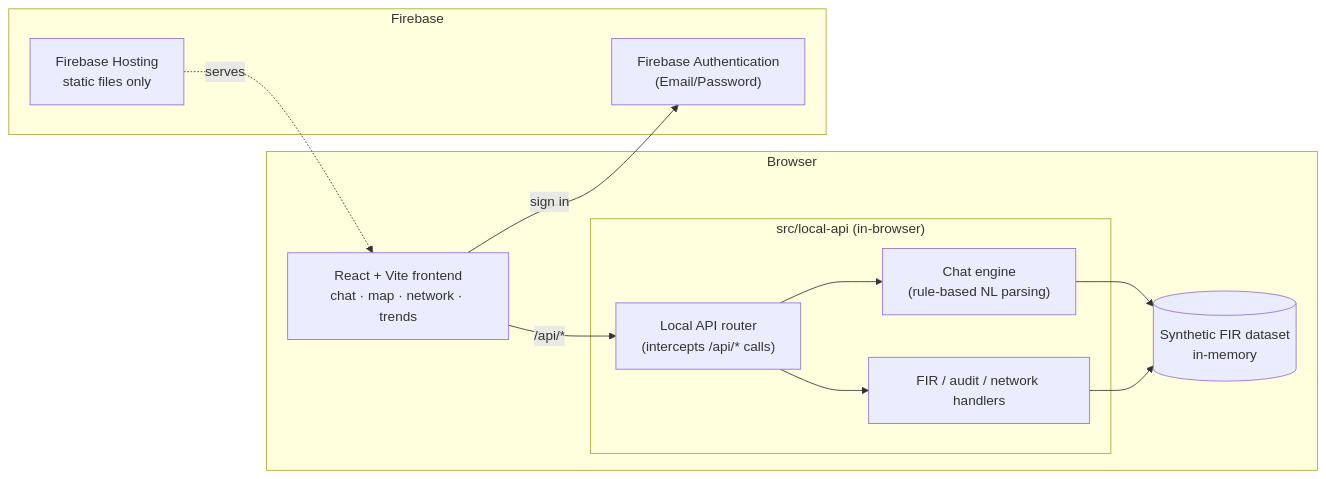
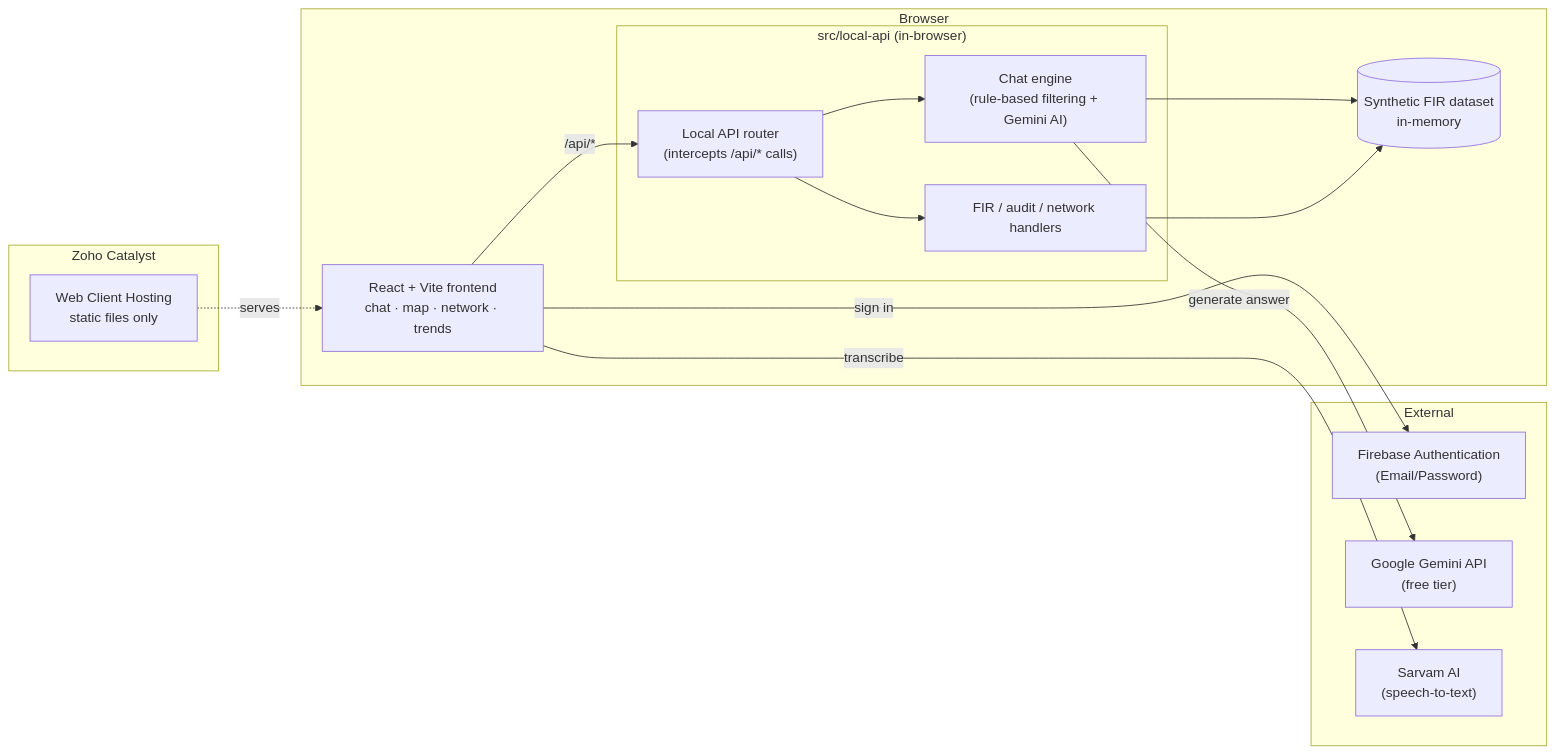
Before and after one commit to Naxt318/SCRB-Sanket: the diagram in README.md, drawn with Mermaid. The commit also changed other lines of this file, not shown here.

First line of the commit message:
Revise README for Firebase and AI updates

````diff
--- a/README.md
+++ b/README.md
@@ -121,25 +123,32 @@
 ```mermaid
 flowchart LR
     subgraph Browser
         UI["React + Vite frontend<br/>chat · map · network · trends"]
         subgraph Local["src/local-api (in-browser)"]
             Router["Local API router<br/>(intercepts /api/* calls)"]
-            Chat["Chat engine<br/>(rule-based NL parsing)"]
+            Chat["Chat engine<br/>(rule-based filtering + Gemini AI)"]
             Routes["FIR / audit / network handlers"]
         end
         Data[("Synthetic FIR dataset<br/>in-memory")]
     end
 
-    subgraph Firebase
+    subgraph External
         Auth["Firebase Authentication<br/>(Email/Password)"]
-        Hosting["Firebase Hosting<br/>static files only"]
+        AI["Google Gemini API<br/>(free tier)"]
+        Voice["Sarvam AI<br/>(speech-to-text)"]
+    end
+
+    subgraph ZohoCatalyst["Zoho Catalyst"]
+        Hosting["Web Client Hosting<br/>static files only"]
     end
 
     UI -->|"sign in"| Auth
     UI -->|"/api/*"| Router
     Router --> Chat
     Router --> Routes
     Chat --> Data
+    Chat -->|"generate answer"| AI
+    UI -->|"transcribe"| Voice
     Routes --> Data
     Hosting -.->|"serves"| UI
 ```
````
